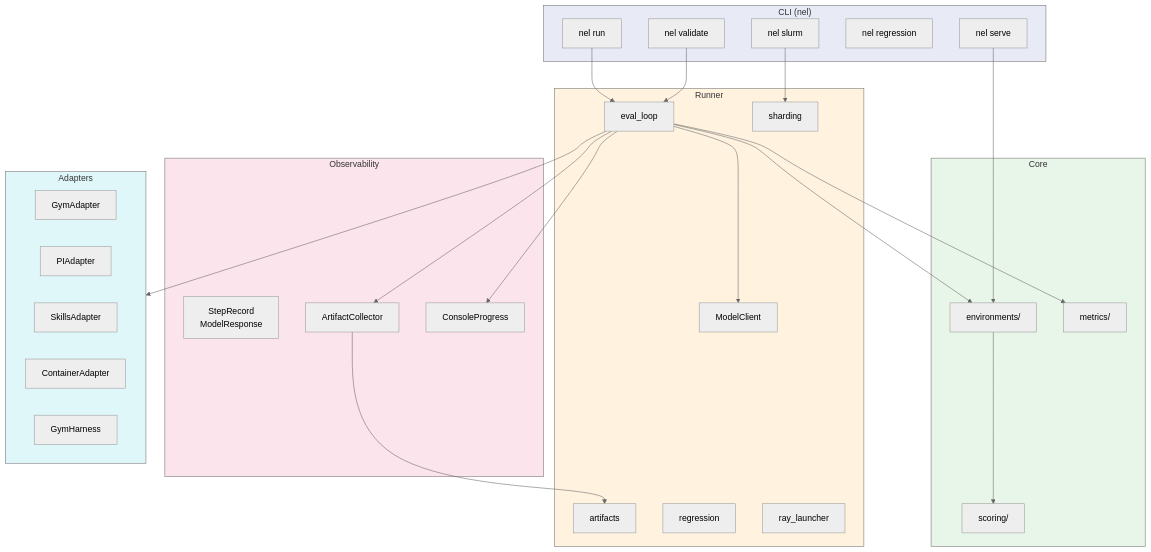
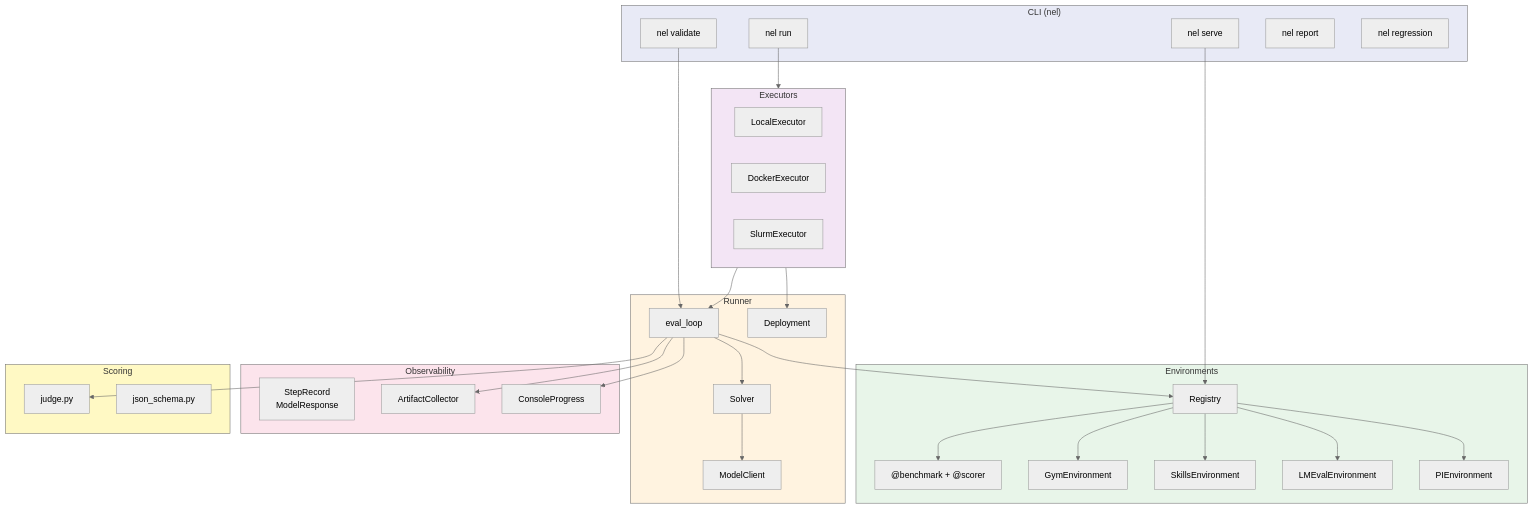
One commit to NVIDIA-NeMo/Evaluator changed the first of 5 diagrams in docs/architecture/index.md. Above: the diagram before and after it, drawn with Mermaid (neutral theme). The commit also changed other lines of this file and 13 other files, not shown here.

````diff
--- a/docs/architecture/index.md
+++ b/docs/architecture/index.md
@@ -5,60 +5,70 @@
 ```{mermaid}
 flowchart TB
     subgraph CLI["CLI (nel)"]
         RUN["nel run"]
         SERVE["nel serve"]
         VALIDATE["nel validate"]
+        REPORT["nel report"]
         REGRESSION["nel regression"]
-        SLURM["nel slurm"]
     end
 
-    subgraph CORE["Core"]
-        ENV["environments/"]
-        SCORE["scoring/"]
-        METRICS["metrics/"]
+    subgraph ENVS["Environments"]
+        REG["Registry"]
+        BYOB["@benchmark + @scorer"]
+        GYM["GymEnvironment"]
+        SKILLS["SkillsEnvironment"]
+        LMEVAL["LMEvalEnvironment"]
+        PI["PIEnvironment"]
     end
 
     subgraph RUNNER["Runner"]
         LOOP["eval_loop"]
+        SOLVER["Solver"]
         MC["ModelClient"]
-        ART["artifacts"]
-        SHARD["sharding"]
-        REG["regression"]
-        RAYL["ray_launcher"]
+        DEPLOY["Deployment"]
+    end
+
+    subgraph EXEC["Executors"]
+        LOCAL["LocalExecutor"]
+        DOCKER["DockerExecutor"]
+        SLURM["SlurmExecutor"]
     end
 
     subgraph OBS["Observability"]
         TYPES["StepRecord<br/>ModelResponse"]
         COLLECT["ArtifactCollector"]
         PROG["ConsoleProgress"]
     end
 
-    subgraph ADAPT["Adapters"]
-        GYM["GymAdapter"]
-        PI["PIAdapter"]
-        SKILLS["SkillsAdapter"]
-        CONTAINER["ContainerAdapter"]
-        HARNESS["GymHarness"]
+    subgraph SCORE["Scoring"]
+        JUDGE["judge.py"]
+        JSCHEMA["json_schema.py"]
     end
 
-    RUN --> LOOP
-    SERVE --> ENV
+    RUN --> EXEC
+    EXEC --> DEPLOY
+    EXEC --> LOOP
+    SERVE --> REG
     VALIDATE --> LOOP
 
-    LOOP --> ENV
-    LOOP --> ADAPT
-    LOOP --> MC
+    LOOP --> REG
+    LOOP --> SOLVER
+    SOLVER --> MC
     LOOP --> COLLECT
     LOOP --> PROG
-    LOOP --> METRICS
 
-    ENV --> SCORE
-    COLLECT --> ART
-    SLURM --> SHARD
+    REG --> BYOB
+    REG --> GYM
+    REG --> SKILLS
+    REG --> LMEVAL
+    REG --> PI
+
+    LOOP --> JUDGE
 
     style CLI fill:#e8eaf6
-    style CORE fill:#e8f5e9
+    style ENVS fill:#e8f5e9
     style RUNNER fill:#fff3e0
+    style EXEC fill:#f3e5f5
     style OBS fill:#fce4ec
-    style ADAPT fill:#e0f7fa
+    style SCORE fill:#fff9c4
 ```
````
